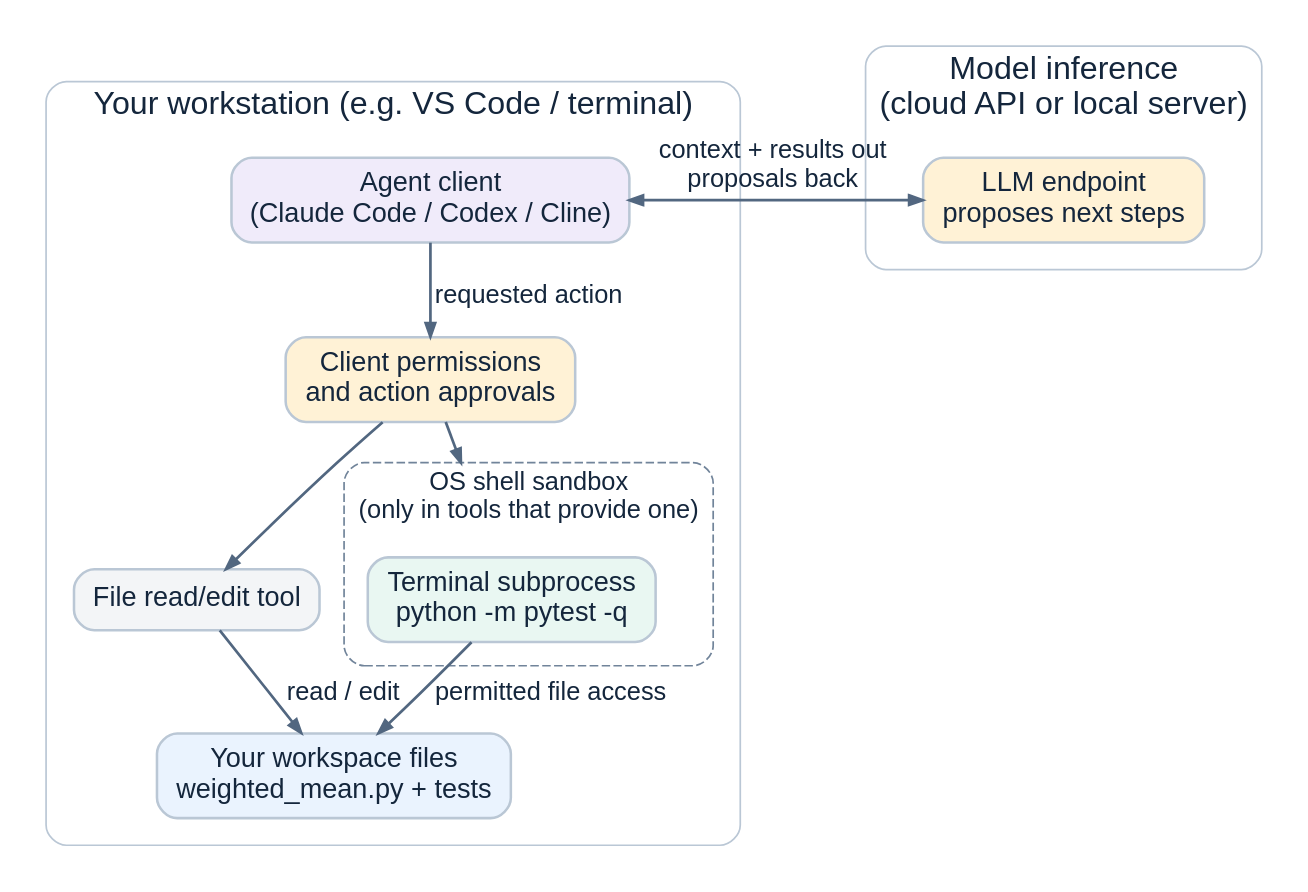
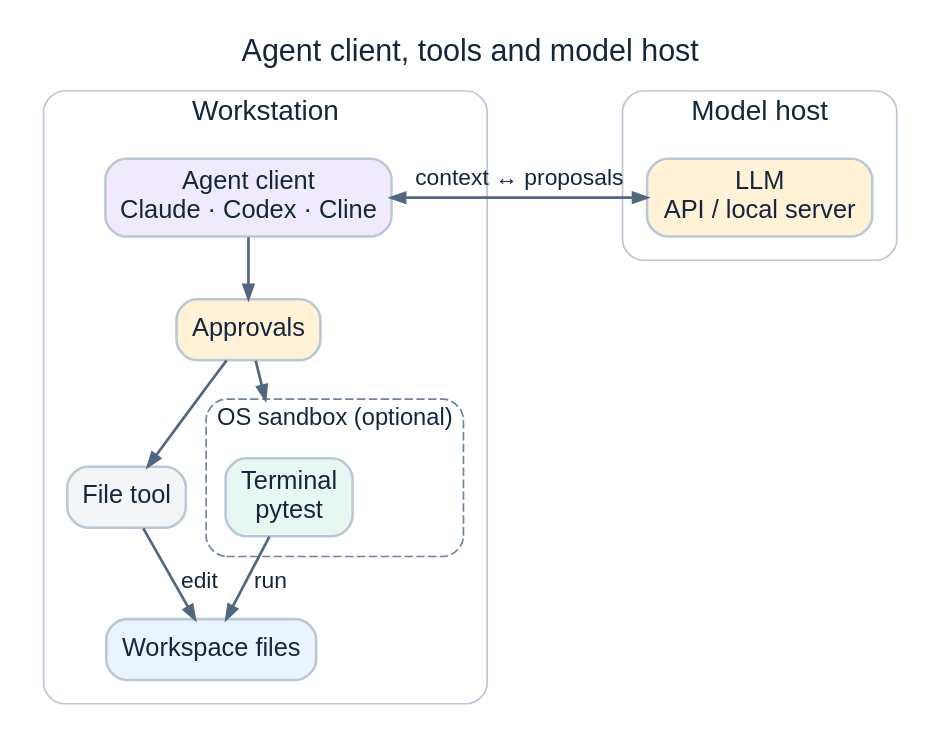
The diagram in book/diagrams/agent-architecture.dot (xangma/jupyter_data_languages), drawn with Graphviz before and after one commit. The commit also changed 20 other files, not shown here.

Commit message:
Trim all remaining Primer, Session 1, Session 3, and Signal diagrams

```diff
--- a/book/diagrams/agent-architecture.dot
+++ b/book/diagrams/agent-architecture.dot
@@ -1,37 +1,38 @@
 // SPDX-License-Identifier: MIT
 digraph agent_architecture {
-  graph [bgcolor="white", fontname="Arial", fontsize=19, fontcolor="#14263C",
-         rankdir=TB, newrank=true, nodesep=0.26, ranksep=0.42, pad=0.16, compound=true];
-  node [shape=box, style="rounded,filled", fontname="Arial", fontsize=16,
+  graph [bgcolor="white", fontname="Arial", fontsize=18, fontcolor="#14263C",
+         label="Agent client, tools and model host", labelloc=t,
+         rankdir=TB, newrank=true, nodesep=0.28, ranksep=0.38, pad=0.14, compound=true];
+  node [shape=box, style="rounded,filled", fontname="Arial", fontsize=15,
         fontcolor="#14263C", color="#BAC7D5", penwidth=1.5,
-        fillcolor="#F3F5F7", margin="0.14,0.10"];
-  edge [fontname="Arial", fontsize=15, fontcolor="#14263C", color="#526780",
+        fillcolor="#F3F5F7", margin="0.13,0.09"];
+  edge [fontname="Arial", fontsize=13.5, fontcolor="#14263C", color="#526780",
         penwidth=1.6, arrowsize=0.8];
 
   subgraph cluster_client {
-    label="Your workstation (e.g. VS Code / terminal)";
-    style="rounded"; color="#BAC7D5"; margin=16;
-    client [label="Agent client\n(Claude Code / Codex / Cline)", fillcolor="#F0EBFA"];
-    permission [label="Client permissions\nand action approvals", fillcolor="#FFF2D6"];
-    filetool [label="File read/edit tool"];
-    files [label="Your workspace files\nweighted_mean.py + tests", fillcolor="#EAF3FE"];
+    label="Workstation";
+    fontsize=16.5; style="rounded"; color="#BAC7D5"; margin=14;
+    client [label="Agent client\nClaude · Codex · Cline", fillcolor="#F0EBFA"];
+    permission [label="Approvals", fillcolor="#FFF2D6"];
+    filetool [label="File tool"];
+    files [label="Workspace files", fillcolor="#EAF3FE"];
     subgraph cluster_shell {
-      label="OS shell sandbox\n(only in tools that provide one)";
-      fontsize=15; style="rounded,dashed"; color="#71849A"; margin=14;
-      terminal [label="Terminal subprocess\npython -m pytest -q", fillcolor="#E9F7F2"];
+      label="OS sandbox (optional)";
+      fontsize=14; style="rounded,dashed"; color="#71849A"; margin=12;
+      terminal [label="Terminal\npytest", fillcolor="#E9F7F2"];
     }
-    client -> permission [label=" requested action"];
+    client -> permission;
     permission -> filetool;
     permission -> terminal [lhead=cluster_shell];
-    filetool -> files [label=" read / edit"];
-    terminal -> files [label=" permitted file access"];
+    filetool -> files [label=" edit"];
+    terminal -> files [label=" run"];
     {rank=same; filetool; terminal;}
   }
   subgraph cluster_model {
-    label="Model inference\n(cloud API or local server)";
-    style="rounded"; color="#BAC7D5"; margin=16;
-    model [label="LLM endpoint\nproposes next steps", fillcolor="#FFF2D6"];
+    label="Model host";
+    fontsize=16.5; style="rounded"; color="#BAC7D5"; margin=14;
+    model [label="LLM\nAPI / local server", fillcolor="#FFF2D6"];
   }
   {rank=same; client; model;}
-  client -> model [dir=both, label="  context + results out  \n  proposals back  "];
+  client -> model [dir=both, label=" context ↔ proposals "];
 }
```
